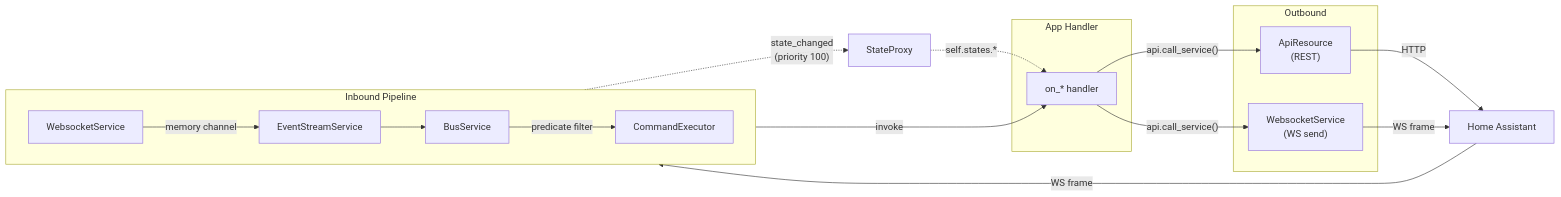
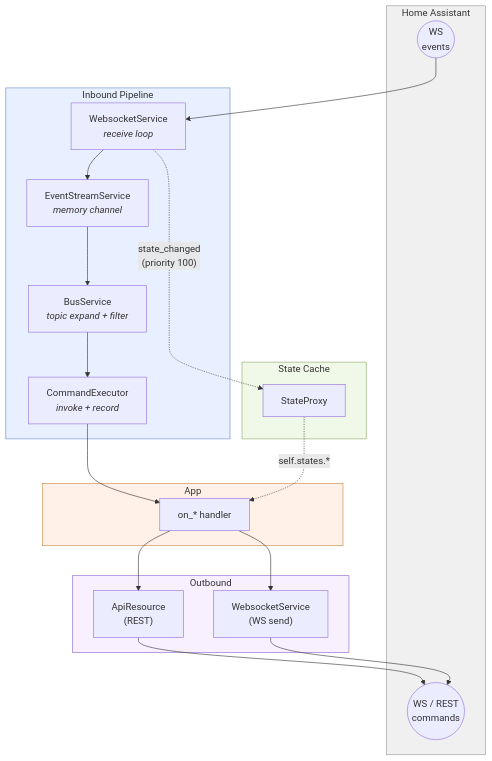
One commit to NodeJSmith/hassette changed the third of 10 diagrams in docs/pages/core-concepts/internals.md. Above: the diagram before and after it, drawn with Mermaid. The commit also changed other lines of this file, not shown here.

First line of the commit message:
docs: improve diagram layouts and readability

````diff
--- a/docs/pages/core-concepts/internals.md
+++ b/docs/pages/core-concepts/internals.md
@@ -128,36 +140,44 @@
 ```mermaid
-flowchart LR
+flowchart TD
     accTitle: Event and Data Flow
     accDescr: Inbound event pipeline and outbound API calls
 
-    HA["Home Assistant"]
+    subgraph ha["Home Assistant"]
+        HA_IN(("WS<br/>events"))
+        HA_OUT(("WS / REST<br/>commands"))
+    end
 
     subgraph inbound["Inbound Pipeline"]
-        direction LR
-        WS["WebsocketService"]
-        ESS["EventStreamService"]
-        BS["BusService"]
-        CE["CommandExecutor"]
+        WS["WebsocketService<br/><i>receive loop</i>"]
+        ESS["EventStreamService<br/><i>memory channel</i>"]
+        BS["BusService<br/><i>topic expand + filter</i>"]
+        CE["CommandExecutor<br/><i>invoke + record</i>"]
+        WS --> ESS --> BS --> CE
     end
 
-    subgraph app["App Handler"]
+    subgraph cache["State Cache"]
+        SP["StateProxy"]
+    end
+
+    subgraph app["App"]
         Handler["on_* handler"]
     end
 
     subgraph outbound["Outbound"]
         AR["ApiResource<br/>(REST)"]
         WSOut["WebsocketService<br/>(WS send)"]
     end
 
-    HA -- "WS frame" --> WS
-    WS -- "memory channel" --> ESS
-    ESS --> BS
-    BS -- "predicate filter" --> CE
-    CE -- "invoke" --> Handler
-    Handler -- "api.call_service()" --> AR & WSOut
-    AR -- "HTTP" --> HA
-    WSOut -- "WS frame" --> HA
+    HA_IN --> WS
+    WS -. "state_changed<br/>(priority 100)" .-> SP
+    CE --> Handler
+    SP -. "self.states.*" .-> Handler
+    Handler --> AR & WSOut
+    AR & WSOut --> HA_OUT
 
-    WS -. "state_changed<br/>(priority 100)" .-> SP["StateProxy"]
-    SP -. "self.states.*" .-> Handler
+    style ha fill:#f0f0f0,stroke:#999
+    style inbound fill:#e8f0ff,stroke:#6688cc
+    style cache fill:#f0f8e8,stroke:#88aa66
+    style app fill:#fff0e8,stroke:#cc8844
+    style outbound fill:#f8f0ff,stroke:#8866cc
 ```
````
